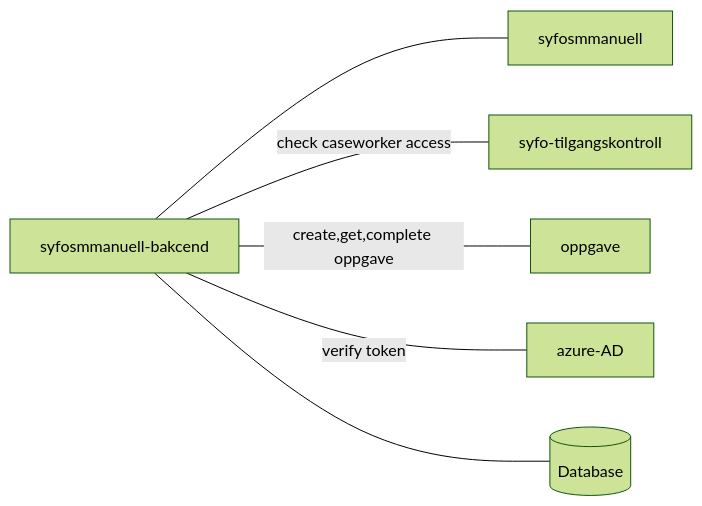
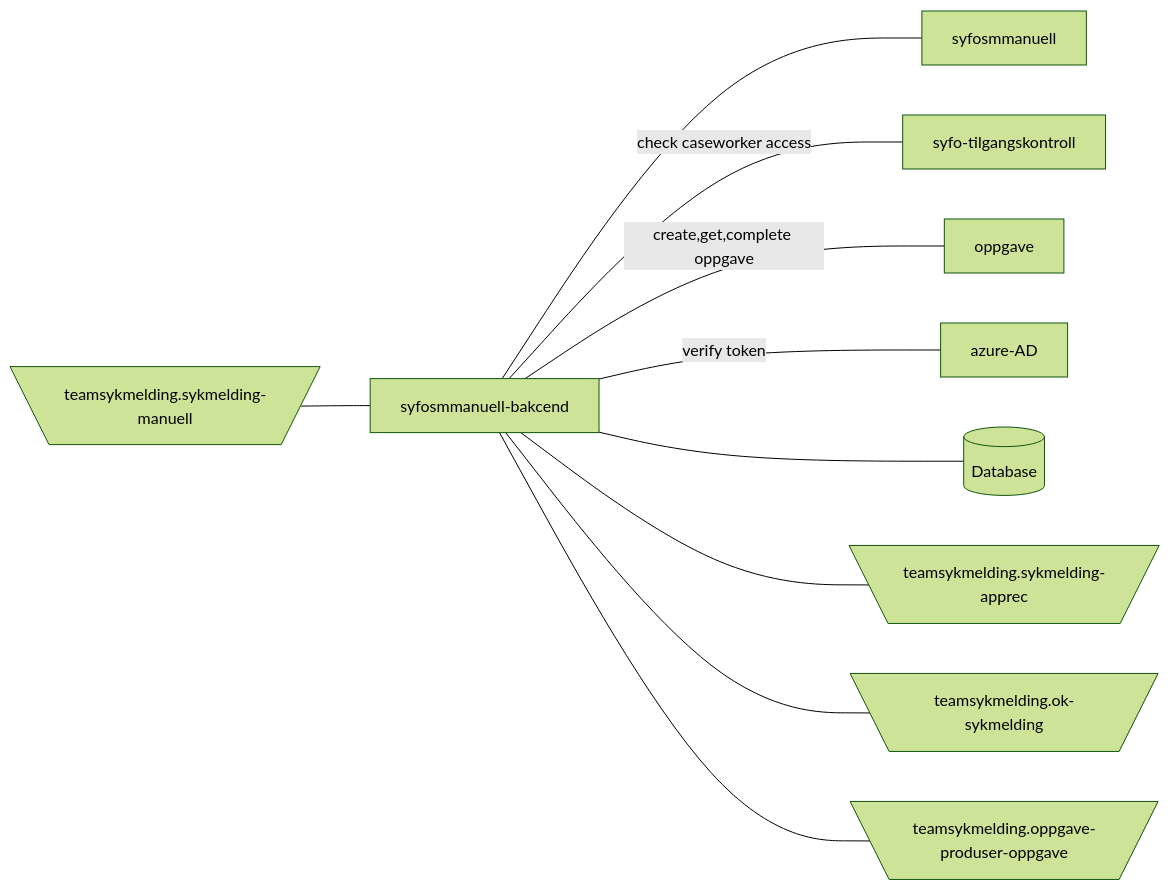
One commit to navikt/syfosmmanuell-backend changed the diagram in README.md. Above: the diagram before and after it, drawn with Mermaid (forest theme).

Commit message:
Updated flowchart

````diff
--- a/README.md
+++ b/README.md
@@ -25,10 +25,14 @@
 ```mermaid
   graph LR;
-        
+      A[\teamsykmelding.sykmelding-manuell/] --- syfosmmanuell-bakcend;  
       syfosmmanuell-bakcend --- syfosmmanuell;
       syfosmmanuell-bakcend -- check caseworker access --- syfo-tilgangskontroll;
       syfosmmanuell-bakcend -- create,get,complete oppgave --- oppgave;
       syfosmmanuell-bakcend -- verify token --- azure-AD;
       syfosmmanuell-bakcend --- id1[(Database)];
+      
+      syfosmmanuell-bakcend --- B[\teamsykmelding.sykmelding-apprec/]
+      syfosmmanuell-bakcend --- C[\teamsykmelding.ok-sykmelding/];
+      syfosmmanuell-bakcend --- D[\teamsykmelding.oppgave-produser-oppgave/];  
  
 ```
````
